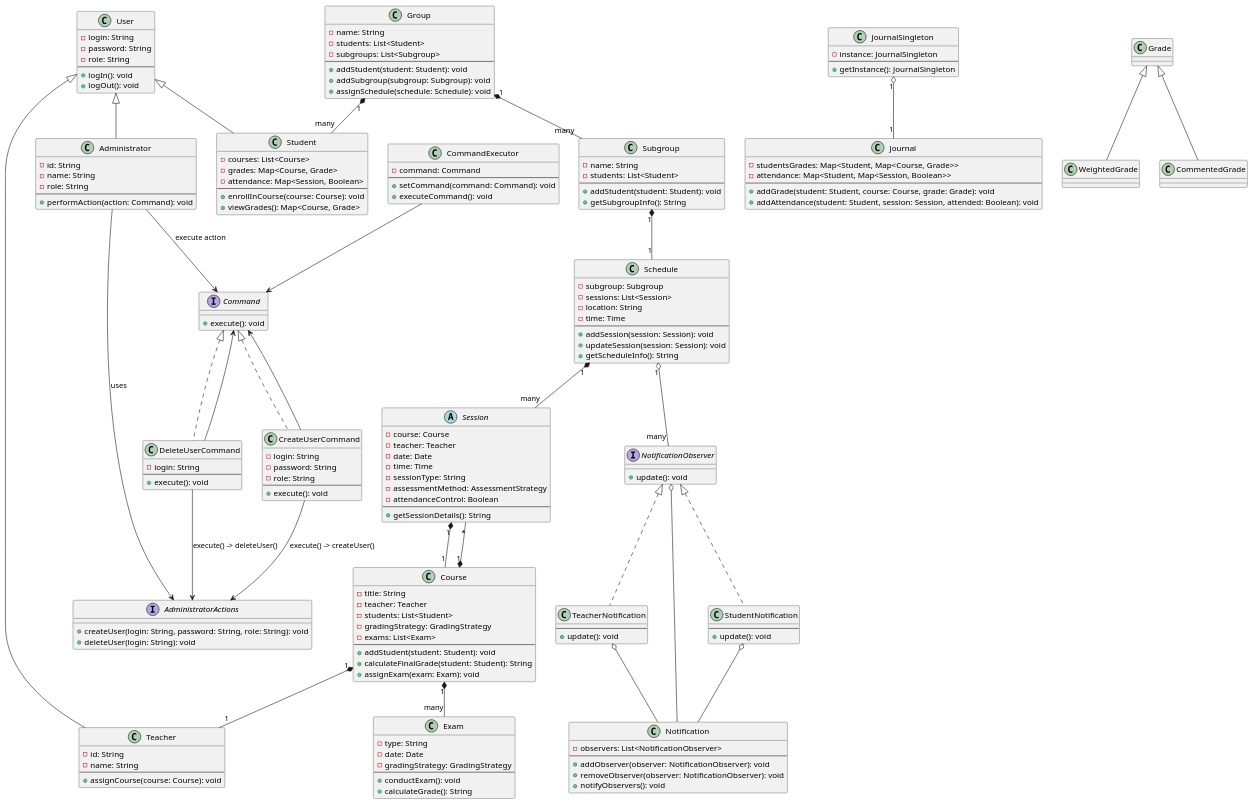
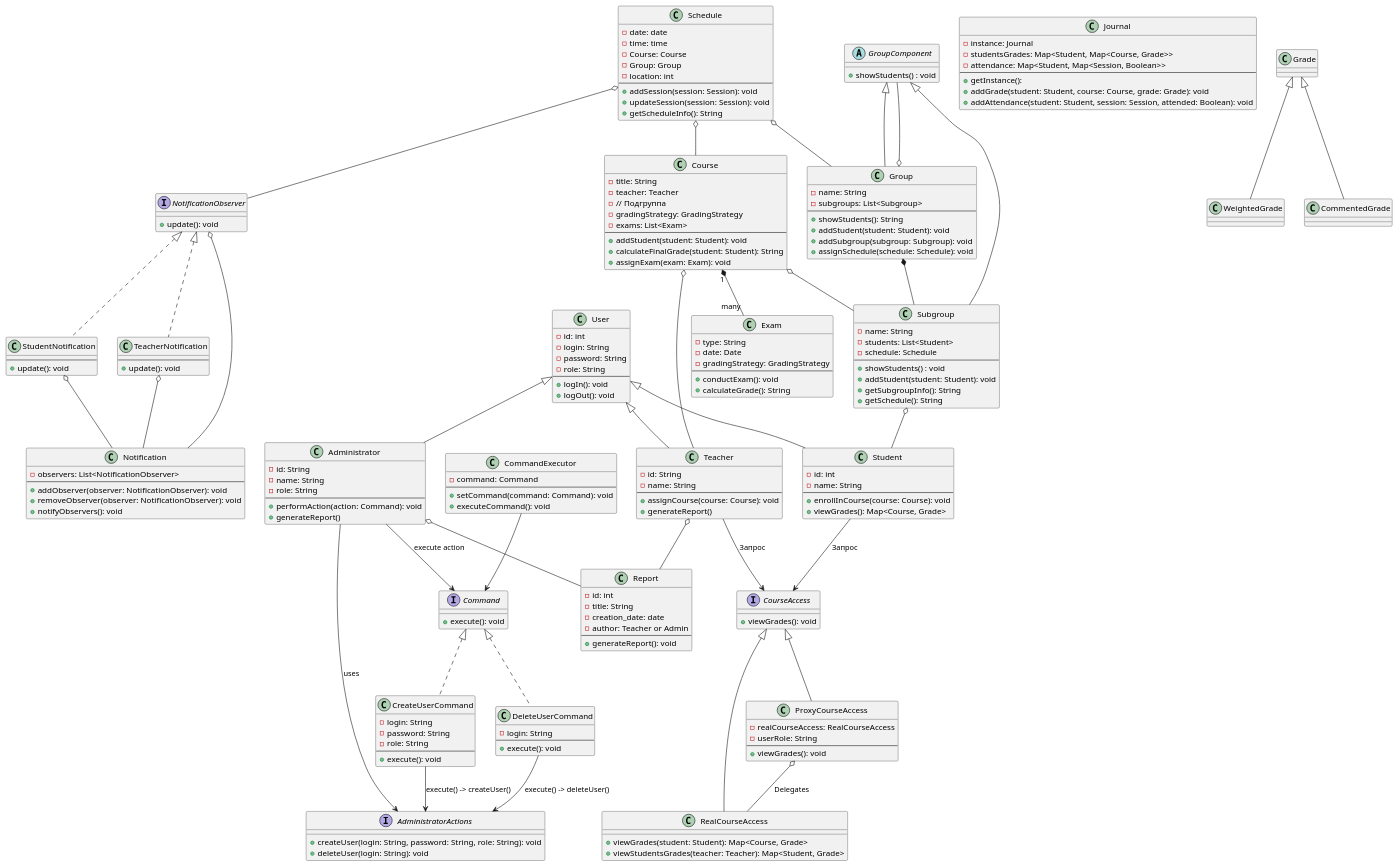
Before and after one commit to lozert/Pnipy: the diagram in TP/UML/Univer2.puml, drawn with PlantUML.

Commit message:
Дописаны классы и паттерны (не все)

```diff
--- a/TP/UML/Univer2.puml
+++ b/TP/UML/Univer2.puml
@@ -1,6 +1,7 @@
 @startuml
 
 class User {
+    -id: int
     -login: String
     -password: String
     -role: String
@@ -10,19 +11,20 @@
 }
 
 class Student {
-    -courses: List<Course>
-    -grades: Map<Course, Grade>
-    -attendance: Map<Session, Boolean>
+    -id: int
+    -name: String
     --
     +enrollInCourse(course: Course): void
     +viewGrades(): Map<Course, Grade>
 }
+
 
 class Teacher {
     -id: String
     -name: String
     --
     +assignCourse(course: Course): void
+    +generateReport()
 }
 
 ' Класс Receiver, который выполняет действия
@@ -37,6 +39,7 @@
     -role: String
     --
     +performAction(action: Command): void
+    +generateReport()
 }
 
 ' Интерфейс для описания доступных операций (создание, удаление пользователей)
@@ -72,8 +75,7 @@
 Administrator --> AdministratorActions : uses
 Administrator --> Command : execute action
 CommandExecutor --> Command
-CreateUserCommand --> Command
-DeleteUserCommand --> Command
+
 CreateUserCommand -down-> AdministratorActions : execute() -> createUser()
 DeleteUserCommand -down-> AdministratorActions : execute() -> deleteUser()
 
@@ -86,7 +88,7 @@
 class Course {
     -title: String
     -teacher: Teacher
-    -students: List<Student>
+    - // Подгруппа
     -gradingStrategy: GradingStrategy
     -exams: List<Exam>
     --
@@ -109,27 +111,26 @@
 
 
 class Journal {
+    -instance: Journal
     -studentsGrades: Map<Student, Map<Course, Grade>>
     -attendance: Map<Student, Map<Session, Boolean>>
     --
+    +getInstance(): 
     +addGrade(student: Student, course: Course, grade: Grade): void
     +addAttendance(student: Student, session: Session, attended: Boolean): void
 }
 
-class JournalSingleton {
-    -instance: JournalSingleton
-    --
-    +getInstance(): JournalSingleton
+
+abstract class GroupComponent {
+    + showStudents() : void
 }
-
-JournalSingleton "1" o-- "1" Journal
 
 ' Классы для групп и подгрупп
 class Group {
     -name: String
-    -students: List<Student>
     -subgroups: List<Subgroup>
     --
+    +showStudents(): String
     +addStudent(student: Student): void
     +addSubgroup(subgroup: Subgroup): void
     +assignSchedule(schedule: Schedule): void
@@ -138,42 +139,42 @@
 class Subgroup {
     -name: String
     -students: List<Student>
+    -schedule: Schedule
     --
+    + showStudents() : void
     +addStudent(student: Student): void
     +getSubgroupInfo(): String
+    +getSchedule(): String
 }
 
-Group "1" *-- "many" Subgroup
-Group "1" *-- "many" Student
+
+Subgroup o-- Student
+Group *-- Subgroup
+Schedule o-- Group
+Schedule o-- Course
 
 ' Классы для расписания
 class Schedule {
-    -subgroup: Subgroup
-    -sessions: List<Session>
-    -location: String
-    -time: Time
+    -date: date
+    -time: time
+    -Course: Course
+    -Group: Group
+    -location: int
     --
     +addSession(session: Session): void
     +updateSession(session: Session): void
     +getScheduleInfo(): String
 }
 
-abstract class Session {
-    -course: Course
-    -teacher: Teacher
-    -date: Date
-    -time: Time
-    -sessionType: String
-    -assessmentMethod: AssessmentStrategy
-    -attendanceControl: Boolean
+
+class Report {
+    -id: int
+    -title: String
+    -creation_date: date
+    -author: Teacher or Admin
     --
-    +getSessionDetails(): String
+    +generateReport(): void
 }
-
-
-
-Course "1" *-- "*" Session
-
 
 
 Grade <|-- WeightedGrade
@@ -182,11 +183,9 @@
 
 
 
-Schedule "1" *-- "many" Session
-Session "1" *-- "1" Course
-Subgroup "1" *-- "1" Schedule
-Schedule "1" o-- "many" NotificationObserver
-Course "1" *-- "1" Teacher
+
+Schedule o-- NotificationObserver
+Course o-- Teacher
 
 
 
@@ -214,6 +213,44 @@
     +update(): void
 }
 
+'Proxy
+interface CourseAccess {
+    +viewGrades(): void
+}
+
+class RealCourseAccess {
+    +viewGrades(student: Student): Map<Course, Grade>
+    +viewStudentsGrades(teacher: Teacher): Map<Student, Grade>
+}
+
+class ProxyCourseAccess {
+    -realCourseAccess: RealCourseAccess
+    -userRole: String
+    --
+    +viewGrades(): void
+}
+
+'Proxy
+Teacher --> CourseAccess : "Запрос"
+Student --> CourseAccess : "Запрос"
+CourseAccess <|-- RealCourseAccess
+CourseAccess <|-- ProxyCourseAccess
+ProxyCourseAccess o-- RealCourseAccess : "Delegates"
+
+'Course
+Course o-- Subgroup
+
+' Teacher
+Teacher o-- Report
+
+' Admin
+Administrator o-- Report
+
+'Composite
+GroupComponent <|-- Group
+GroupComponent <|-- Subgroup
+Group o-- GroupComponent
+
 NotificationObserver o-- Notification
 TeacherNotification o-- Notification
 StudentNotification o-- Notification
```
